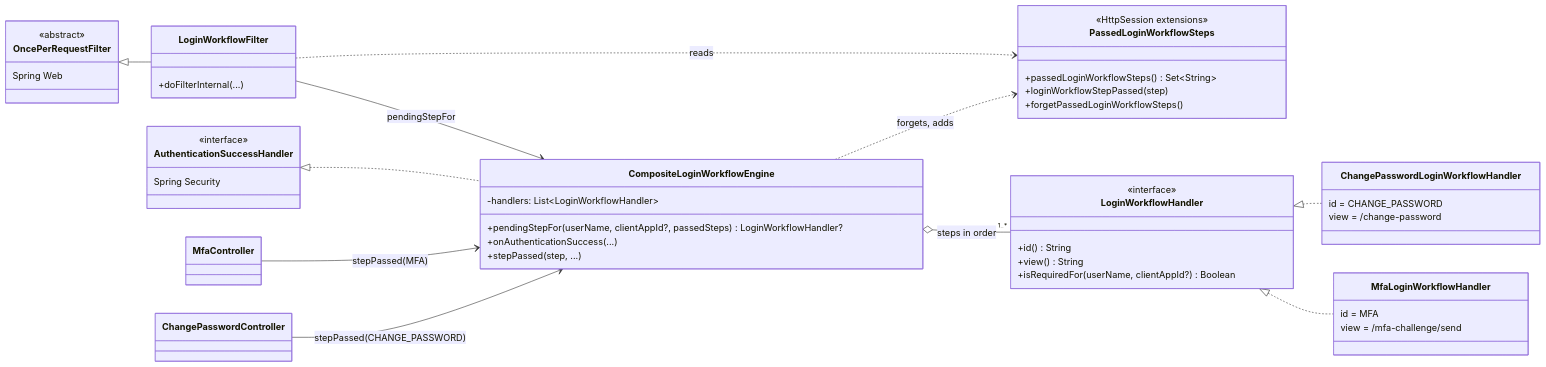
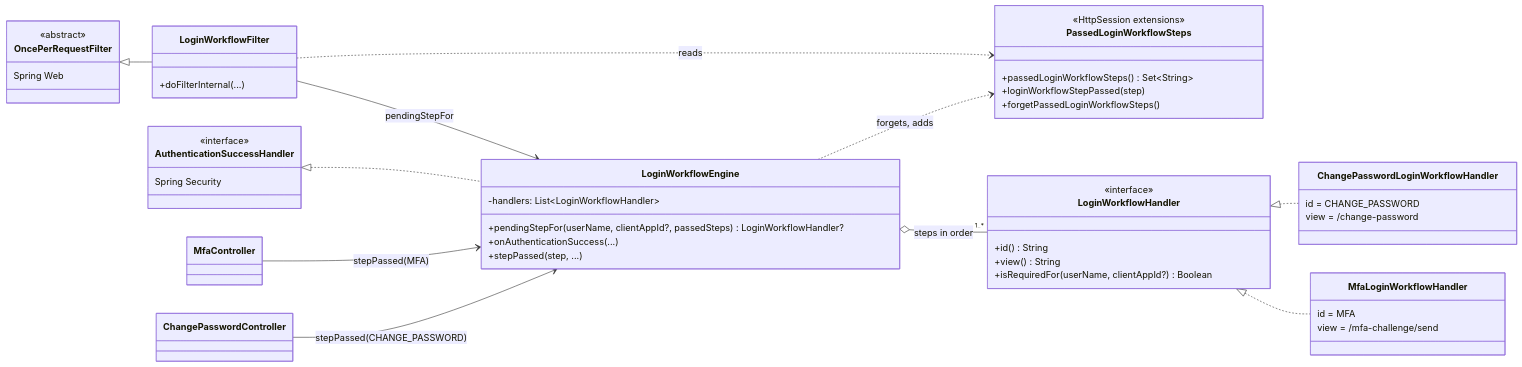
One commit to mrFlick72/vauthenticator changed the first of 6 diagrams in auth-server/docs/login-workflow.md. Above: the diagram before and after it, drawn with Mermaid. The commit also changed other lines of this file and 12 other files, not shown here.

First line of the commit message:
auth-server: one LoginWorkflowEngine class for the login workflow (#287)

````diff
--- a/auth-server/docs/login-workflow.md
+++ b/auth-server/docs/login-workflow.md
@@ -36,55 +36,55 @@
 ```mermaid
 classDiagram
     direction LR
 
     class LoginWorkflowHandler {
         <<interface>>
         +id() String
         +view() String
         +isRequiredFor(userName, clientAppId?) Boolean
     }
     class MfaLoginWorkflowHandler {
         id = MFA
         view = /mfa-challenge/send
     }
     class ChangePasswordLoginWorkflowHandler {
         id = CHANGE_PASSWORD
         view = /change-password
     }
-    class CompositeLoginWorkflowEngine {
+    class LoginWorkflowEngine {
         -handlers: List~LoginWorkflowHandler~
         +pendingStepFor(userName, clientAppId?, passedSteps) LoginWorkflowHandler?
         +onAuthenticationSuccess(...)
         +stepPassed(step, ...)
     }
     class LoginWorkflowFilter {
         +doFilterInternal(...)
     }
     class AuthenticationSuccessHandler {
         <<interface>>
         Spring Security
     }
     class OncePerRequestFilter {
         <<abstract>>
         Spring Web
     }
     class PassedLoginWorkflowSteps {
         <<HttpSession extensions>>
         +passedLoginWorkflowSteps() Set~String~
         +loginWorkflowStepPassed(step)
         +forgetPassedLoginWorkflowSteps()
     }
     class MfaController
     class ChangePasswordController
 
     LoginWorkflowHandler <|.. MfaLoginWorkflowHandler
     LoginWorkflowHandler <|.. ChangePasswordLoginWorkflowHandler
-    AuthenticationSuccessHandler <|.. CompositeLoginWorkflowEngine
+    AuthenticationSuccessHandler <|.. LoginWorkflowEngine
     OncePerRequestFilter <|-- LoginWorkflowFilter
-    CompositeLoginWorkflowEngine o-- "1..*" LoginWorkflowHandler : steps in order
-    LoginWorkflowFilter --> CompositeLoginWorkflowEngine : pendingStepFor
+    LoginWorkflowEngine o-- "1..*" LoginWorkflowHandler : steps in order
+    LoginWorkflowFilter --> LoginWorkflowEngine : pendingStepFor
     LoginWorkflowFilter ..> PassedLoginWorkflowSteps : reads
-    CompositeLoginWorkflowEngine ..> PassedLoginWorkflowSteps : forgets, adds
-    MfaController --> CompositeLoginWorkflowEngine : stepPassed(MFA)
-    ChangePasswordController --> CompositeLoginWorkflowEngine : stepPassed(CHANGE_PASSWORD)
+    LoginWorkflowEngine ..> PassedLoginWorkflowSteps : forgets, adds
+    MfaController --> LoginWorkflowEngine : stepPassed(MFA)
+    ChangePasswordController --> LoginWorkflowEngine : stepPassed(CHANGE_PASSWORD)
 ```
````
